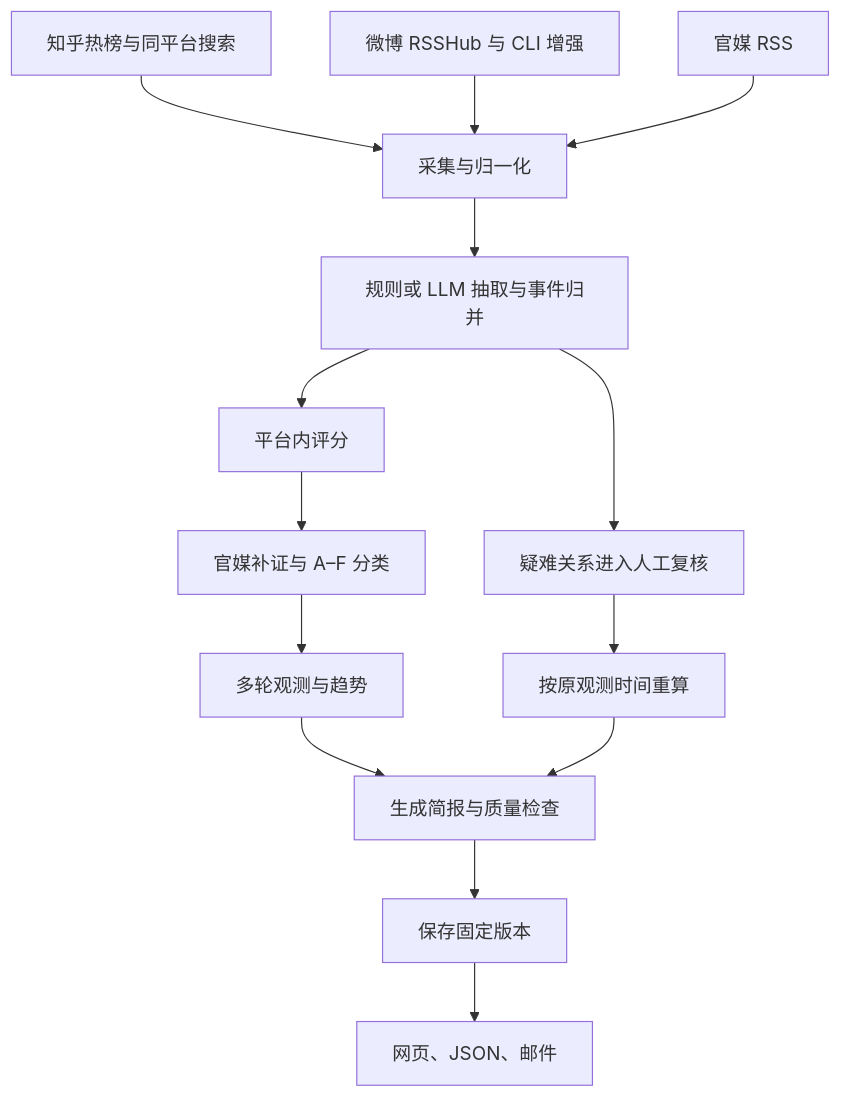
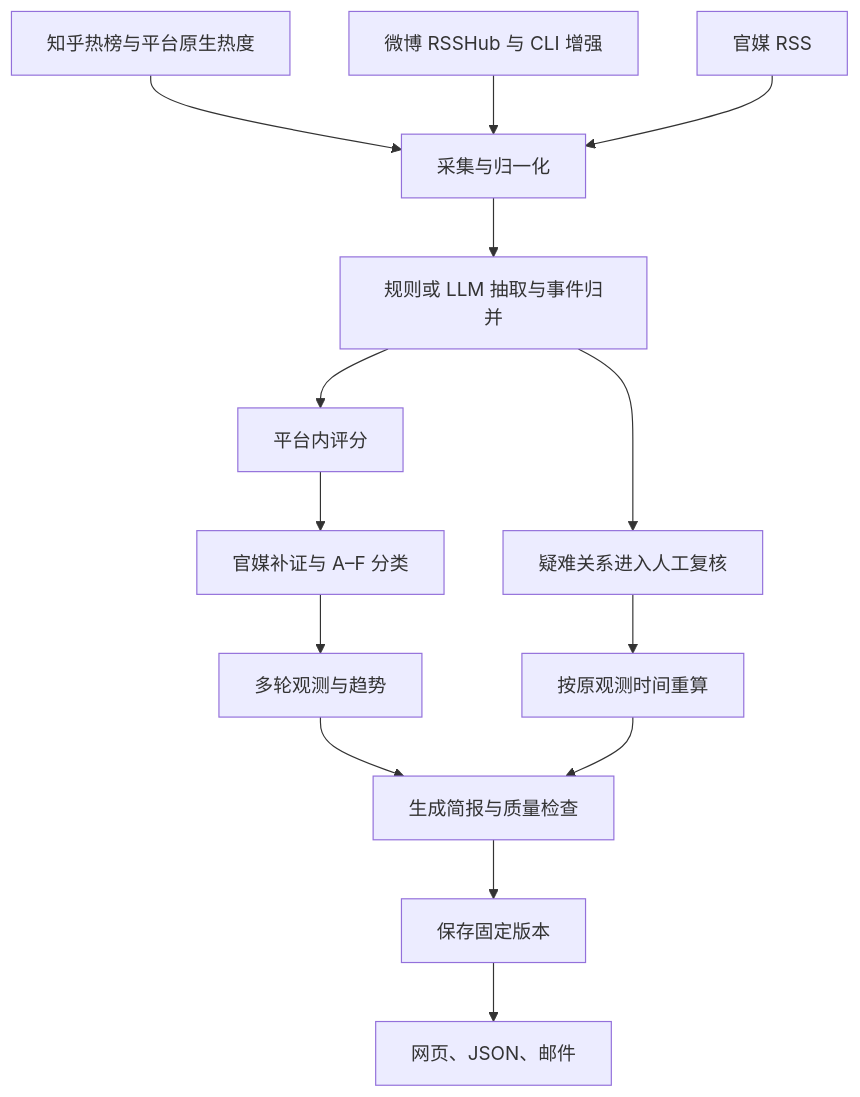
One commit to xiedieyitongshou/public-opinion-analysis-refactor changed the diagram in README.md. Above: the diagram before and after it, drawn with Mermaid. The commit also changed other lines of this file and 27 other files, not shown here.

````diff
--- a/README.md
+++ b/README.md
@@ -50,16 +58,16 @@
 ```mermaid
 flowchart TD
-    Z[知乎热榜与同平台搜索] --> C[采集与归一化]
+    Z[知乎热榜与平台原生热度] --> C[采集与归一化]
     W[微博 RSSHub 与 CLI 增强] --> C
     O[官媒 RSS] --> C
     C --> E[规则或 LLM 抽取与事件归并]
     E --> H[平台内评分]
     E --> R[疑难关系进入人工复核]
     H --> K[官媒补证与 A–F 分类]
     K --> T[多轮观测与趋势]
     T --> B[生成简报与质量检查]
     B --> V[保存固定版本]
     V --> P[网页、JSON、邮件]
     R --> N[按原观测时间重算]
     N --> B
 ```
````
